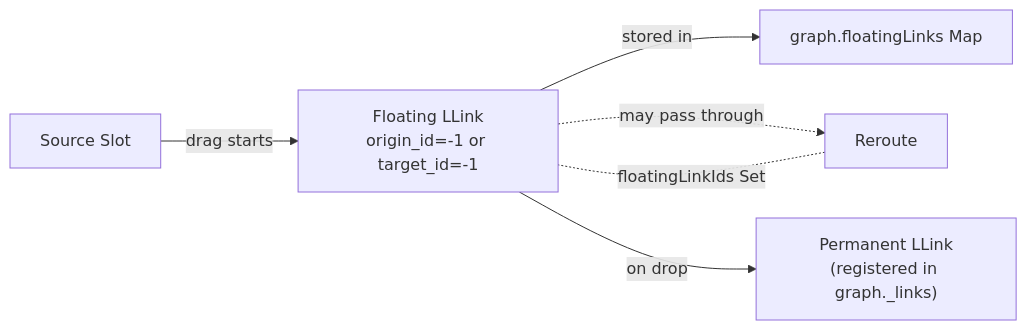
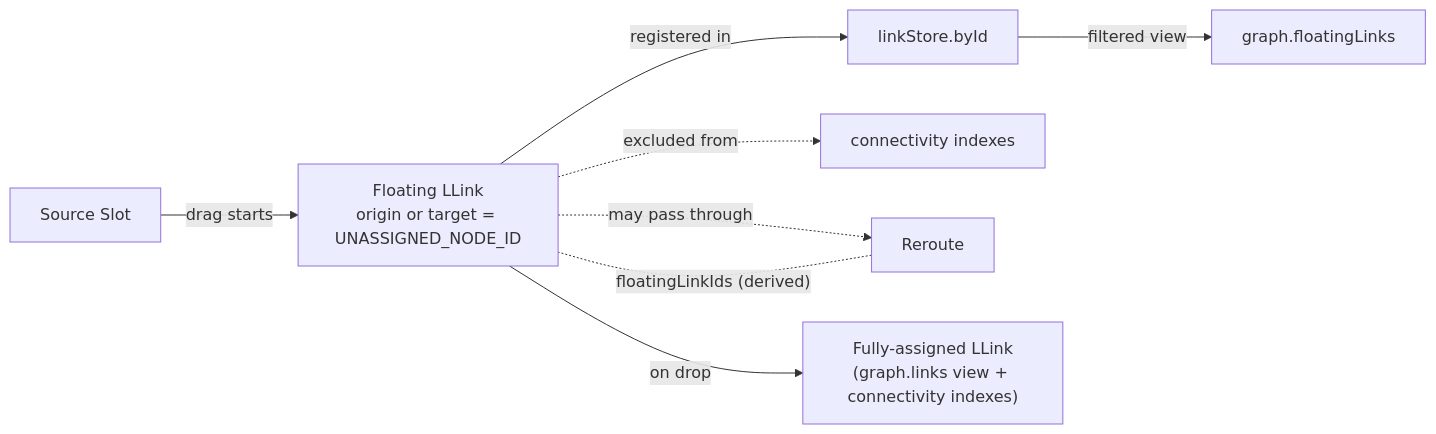
The fourth of 13 diagrams in docs/architecture/entity-interactions.md (Comfy-Org/ComfyUI_frontend), drawn with Mermaid before and after one commit. The commit also changed other lines of this file and 372 other files, not shown here.

````diff
--- a/docs/architecture/entity-interactions.md
+++ b/docs/architecture/entity-interactions.md
@@ -142,10 +146,12 @@
 ```mermaid
 graph LR
     Slot["Source Slot"] -->|"drag starts"| FL["Floating LLink
-origin_id=-1 or target_id=-1"]
-    FL -->|"stored in"| FLMap["graph.floatingLinks Map"]
+origin or target = UNASSIGNED_NODE_ID"]
+    FL -->|"registered in"| Store["linkStore.byId"]
+    Store -->|"filtered view"| FLMap["graph.floatingLinks"]
+    FL -.->|"excluded from"| Indexes["connectivity indexes"]
     FL -.->|"may pass through"| Reroute
-    Reroute -.-|"floatingLinkIds Set"| FL
-    FL -->|"on drop"| Permanent["Permanent LLink
-(registered in graph._links)"]
+    Reroute -.-|"floatingLinkIds (derived)"| FL
+    FL -->|"on drop"| Permanent["Fully-assigned LLink
+(graph.links view + connectivity indexes)"]
 ```
````
